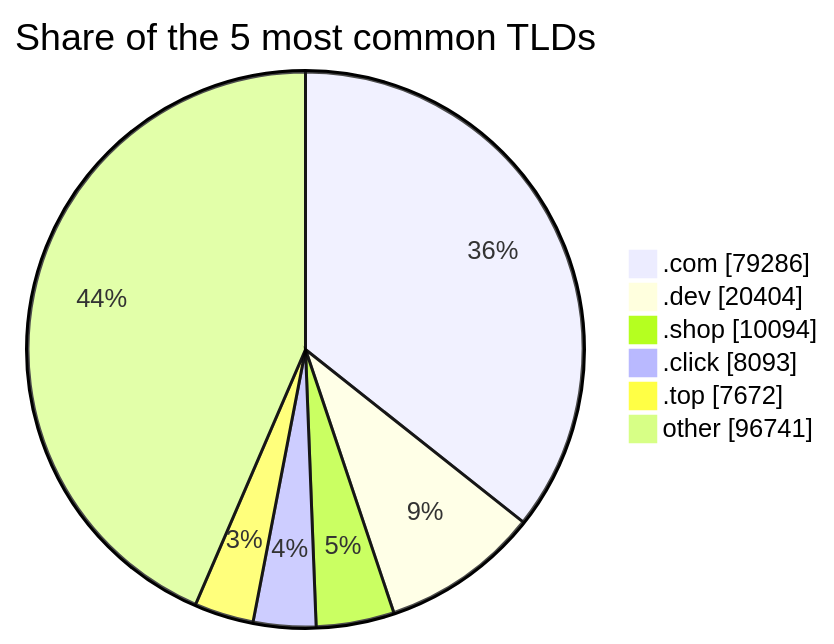
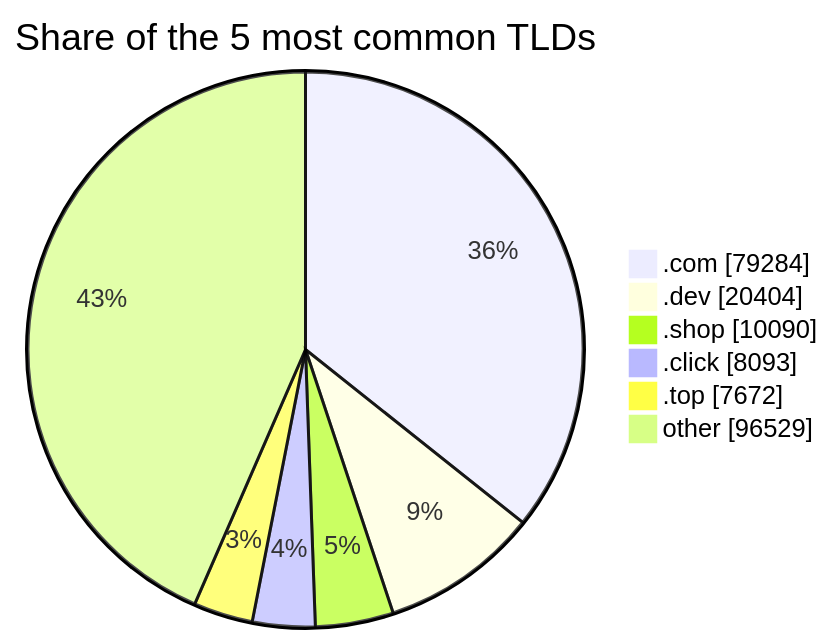
One commit to DNSBunker/CTI changed the third of 3 diagrams in README.md. Above: the diagram before and after it, drawn with Mermaid. The commit also changed other lines of this file and 3 other files, not shown here.

````diff
--- a/README.md
+++ b/README.md
@@ -81,9 +81,9 @@
 ```mermaid
 pie showData title Share of the 5 most common TLDs
-    ".com" : 79286
+    ".com" : 79284
     ".dev" : 20404
-    ".shop" : 10094
+    ".shop" : 10090
     ".click" : 8093
     ".top" : 7672
-    "other" : 96741
+    "other" : 96529
 ```
````
